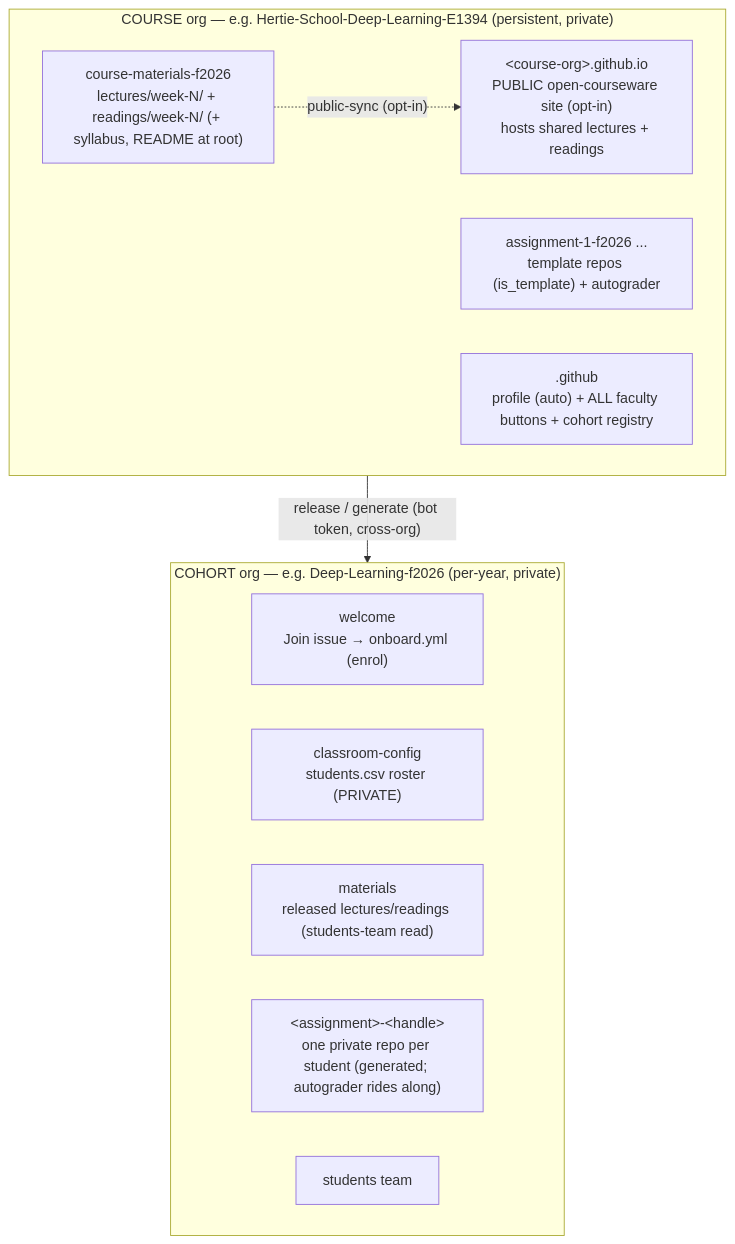
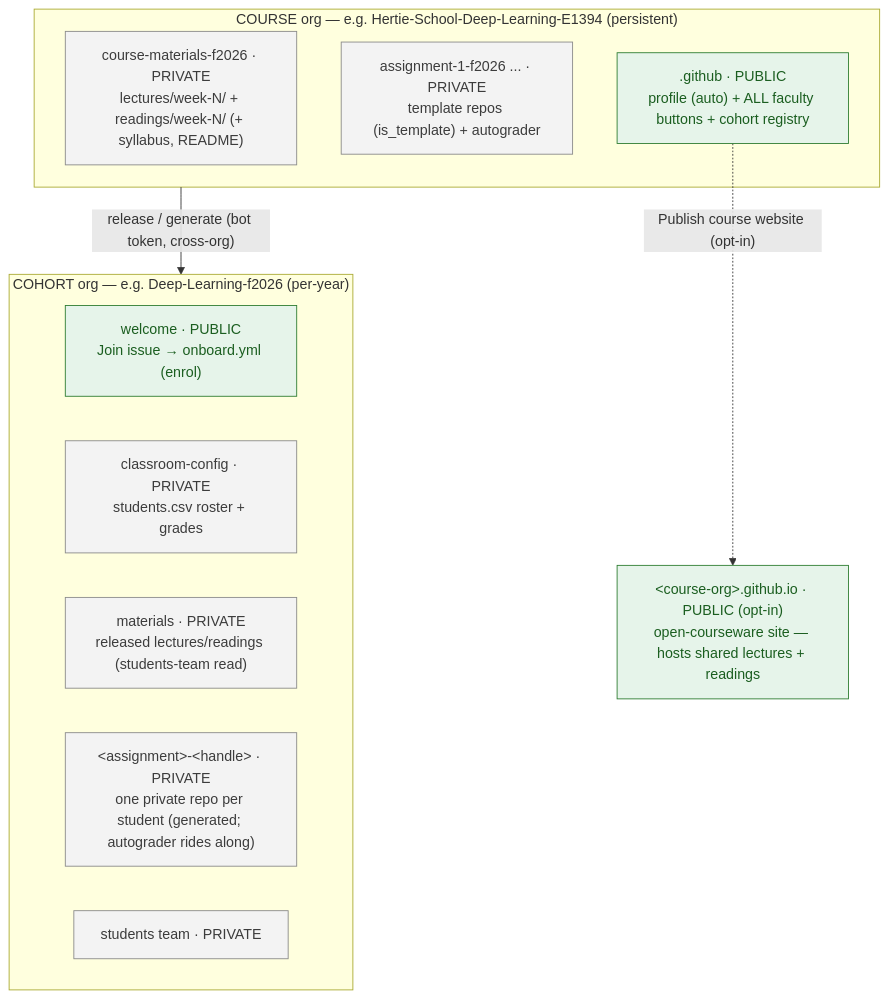
One commit to hertie-data-science-lab/dsl-teaching-course-setup changed the diagram in README.md. Above: the diagram before and after it, drawn with Mermaid.

Commit message:
docs: re-center diagram - public site as a bottom box + PUBLIC/PRIVATE labels (#42)

````diff
--- a/README.md
+++ b/README.md
@@ -17,20 +17,26 @@
 ```mermaid
 flowchart TB
-  subgraph COURSE["COURSE org — e.g. Hertie-School-Deep-Learning-E1394 (persistent, private)"]
-    mat["course-materials-f2026<br/>lectures/week-N/ + readings/week-N/ (+ syllabus, README at root)"]
-    tmpl["assignment-1-f2026 ...<br/>template repos (is_template) + autograder"]
-    gh[".github<br/>profile (auto) + ALL faculty buttons + cohort registry"]
-    pub["&lt;course-org&gt;.github.io<br/>PUBLIC open-courseware site (opt-in)<br/>hosts shared lectures + readings"]
-    mat -.->|"public-sync (opt-in)"| pub
+  subgraph COURSE["COURSE org — e.g. Hertie-School-Deep-Learning-E1394 (persistent)"]
+    mat["course-materials-f2026 · PRIVATE<br/>lectures/week-N/ + readings/week-N/ (+ syllabus, README)"]
+    tmpl["assignment-1-f2026 ... · PRIVATE<br/>template repos (is_template) + autograder"]
+    gh[".github · PUBLIC<br/>profile (auto) + ALL faculty buttons + cohort registry"]
   end
 
-  subgraph COHORT["COHORT org — e.g. Deep-Learning-f2026 (per-year, private)"]
-    welcome["welcome<br/>Join issue → onboard.yml (enrol)"]
-    cfg["classroom-config<br/>students.csv roster (PRIVATE)"]
-    cmat["materials<br/>released lectures/readings (students-team read)"]
-    repos["&lt;assignment&gt;-&lt;handle&gt;<br/>one private repo per student (generated; autograder rides along)"]
-    team["students team"]
+  subgraph COHORT["COHORT org — e.g. Deep-Learning-f2026 (per-year)"]
+    welcome["welcome · PUBLIC<br/>Join issue → onboard.yml (enrol)"]
+    cfg["classroom-config · PRIVATE<br/>students.csv roster + grades"]
+    cmat["materials · PRIVATE<br/>released lectures/readings (students-team read)"]
+    repos["&lt;assignment&gt;-&lt;handle&gt; · PRIVATE<br/>one private repo per student (generated; autograder rides along)"]
+    team["students team · PRIVATE"]
   end
 
+  pub["&lt;course-org&gt;.github.io · PUBLIC (opt-in)<br/>open-courseware site — hosts shared lectures + readings"]
+
   COURSE -->|"release / generate (bot token, cross-org)"| COHORT
+  gh -.->|"Publish course website (opt-in)"| pub
+
+  classDef public fill:#e6f4ea,stroke:#2e7d32,color:#1b5e20;
+  classDef private fill:#f3f3f3,stroke:#8a8a8a,color:#3c3c3c;
+  class gh,welcome,pub public;
+  class mat,tmpl,cfg,cmat,repos,team private;
 ```
````
